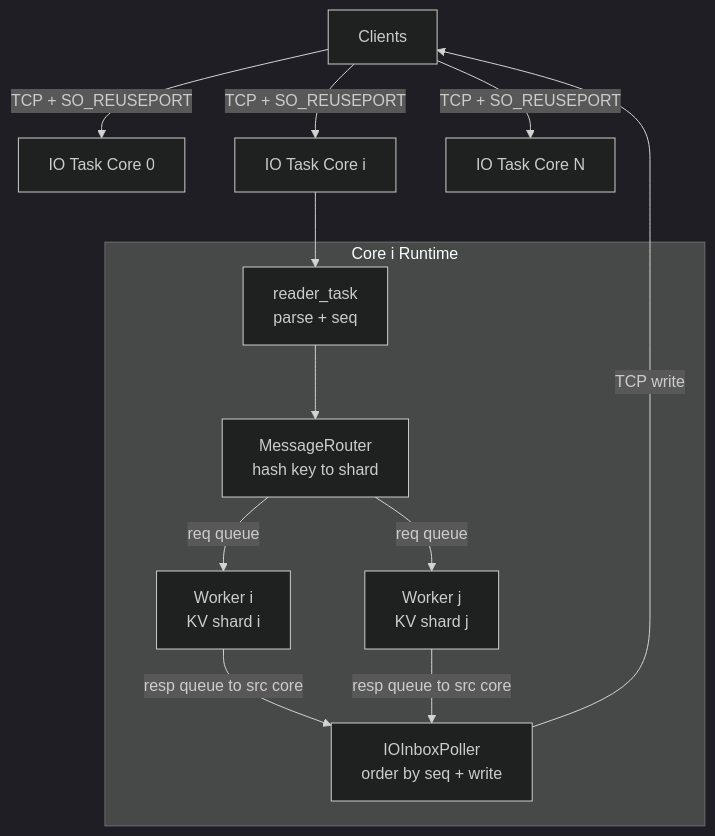
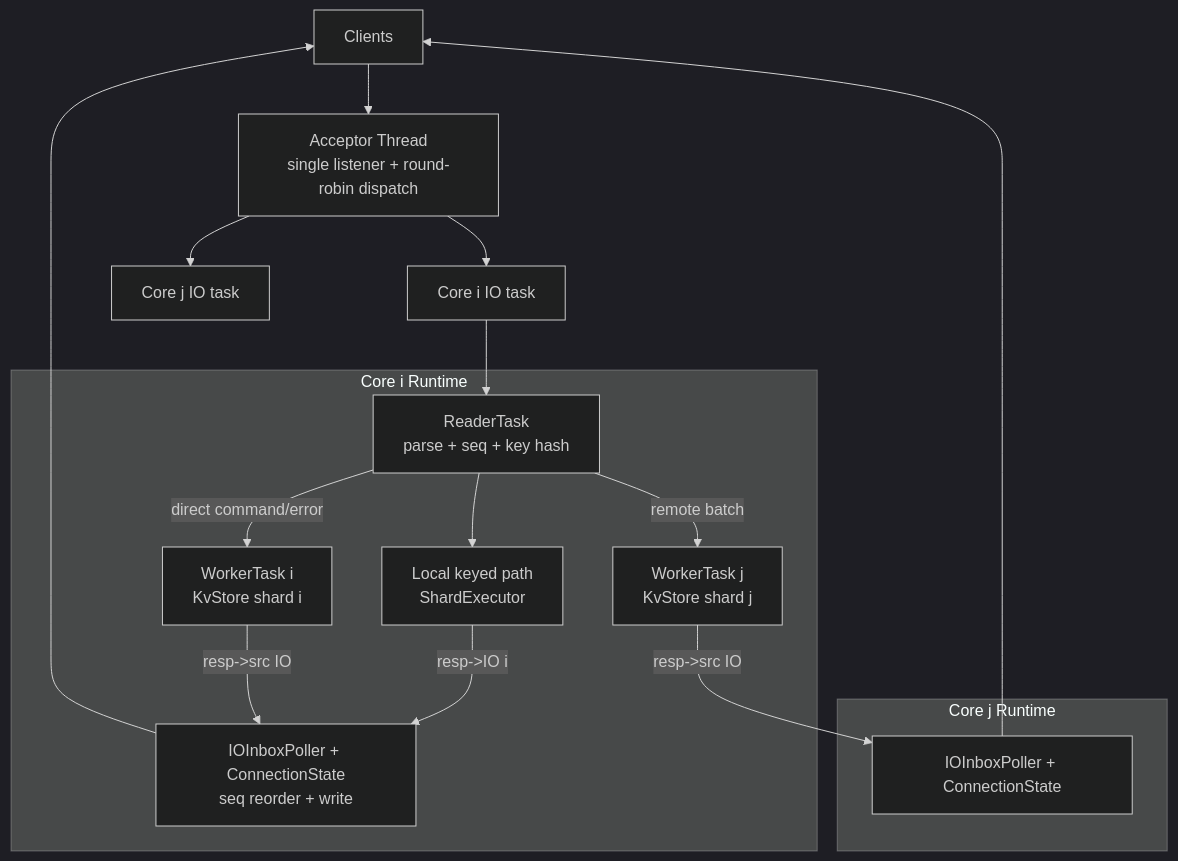
One commit to yskim308/rustis changed the diagram in README.md. Above: the diagram before and after it, drawn with Mermaid (dark theme). The commit also changed other lines of this file, not shown here.

````diff
--- a/README.md
+++ b/README.md
@@ -142,17 +156,28 @@
 ```mermaid
 flowchart TD
-    Client[Clients] -->|TCP + SO_REUSEPORT| IO0[IO Task Core 0]
-    Client -->|TCP + SO_REUSEPORT| IOi[IO Task Core i]
-    Client -->|TCP + SO_REUSEPORT| ION[IO Task Core N]
+    C[Clients] --> A[Acceptor Thread<br/>single listener + round-robin dispatch]
+    A --> IOi[Core i IO task]
+    A --> IOj[Core j IO task]
 
-    subgraph Core_i[Core i Runtime]
-        Reader[reader_task<br/>parse + seq] --> Router[MessageRouter<br/>hash key to shard]
-        Router -->|req queue| Wi[Worker i<br/>KV shard i]
-        Router -->|req queue| Wj[Worker j<br/>KV shard j]
-        Wi -->|resp queue to src core| Poller[IOInboxPoller<br/>order by seq + write]
-        Wj -->|resp queue to src core| Poller
+    subgraph Ci[Core i Runtime]
+        R[ReaderTask<br/>parse + seq + key hash]
+        LI[Local keyed path<br/>ShardExecutor]
+        WI[WorkerTask i<br/>KvStore shard i]
+        P[IOInboxPoller + ConnectionState<br/>seq reorder + write]
+        R --> LI
+        R -->|remote batch| WJ
+        R -->|direct command/error| WI
+        LI -->|resp->IO i| P
+        WI -->|resp->src IO| P
     end
 
-    IOi --> Reader
-    Poller -->|TCP write| Client
+    subgraph Cj[Core j Runtime]
+        WJ[WorkerTask j<br/>KvStore shard j]
+        PJ[IOInboxPoller + ConnectionState]
+        WJ -->|resp->src IO| PJ
+    end
+
+    IOi --> R
+    P --> C
+    PJ --> C
 ```
````
